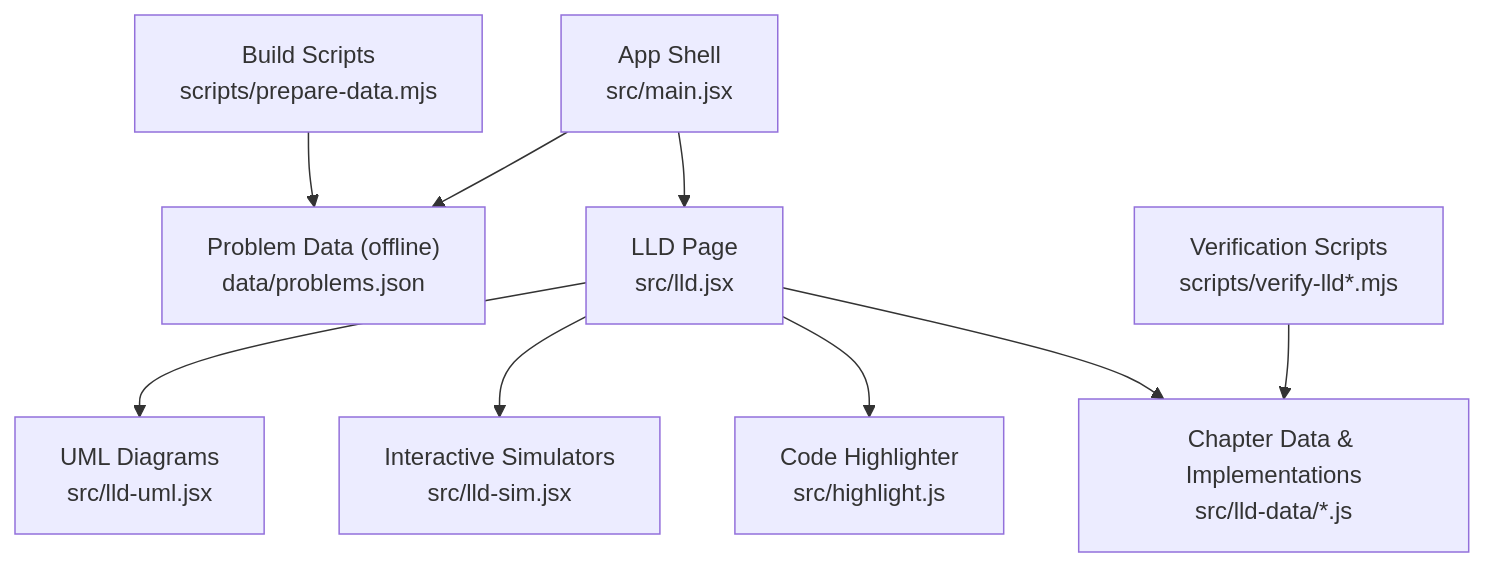
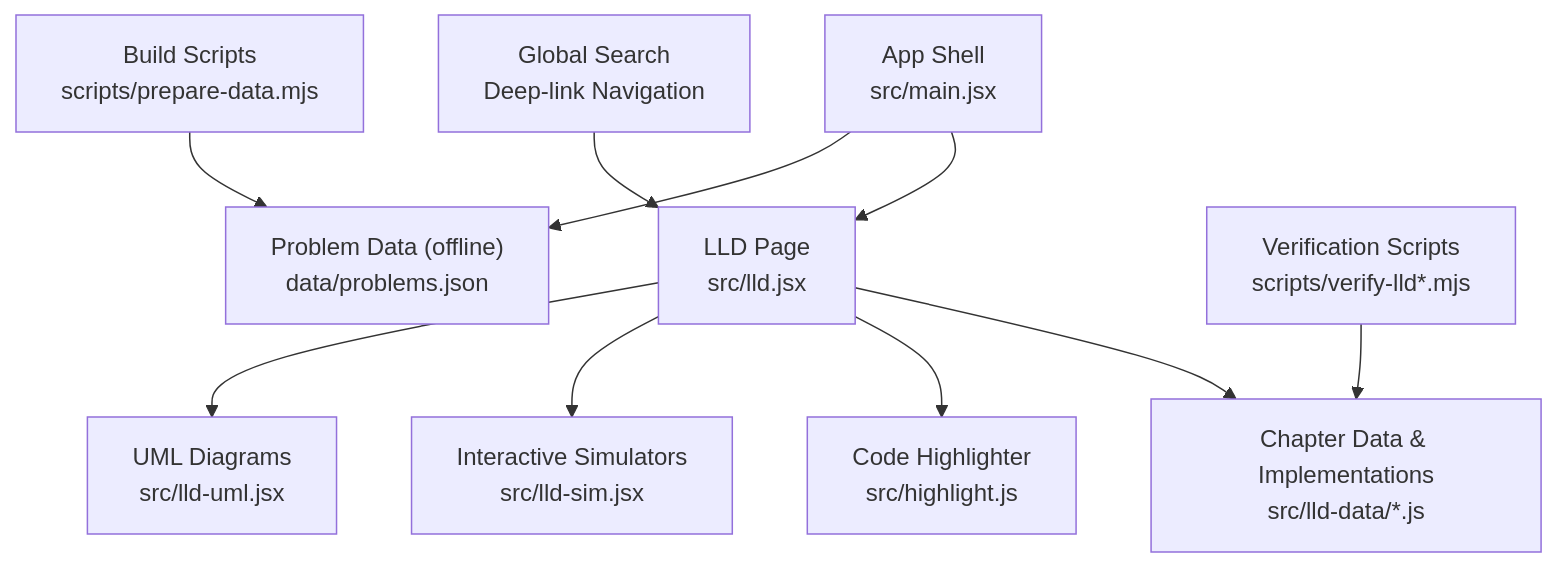
The first of 4 diagrams in .qoder/repowiki/en/content/Frontend Application/LLD Lab Component.md (iamrituraj/DSA-Tracker), drawn with Mermaid before and after one commit. The commit also changed other lines of this file and 8 other files, not shown here.

````diff
--- a/.qoder/repowiki/en/content/Frontend Application/LLD Lab Component.md
+++ b/.qoder/repowiki/en/content/Frontend Application/LLD Lab Component.md
@@ -58,11 +58,12 @@
 ```mermaid
 graph TB
 A["App Shell<br/>src/main.jsx"] --> B["LLD Page<br/>src/lld.jsx"]
 B --> C["Chapter Data & Implementations<br/>src/lld-data/*.js"]
 B --> D["Code Highlighter<br/>src/highlight.js"]
 B --> E["Interactive Simulators<br/>src/lld-sim.jsx"]
 B --> F["UML Diagrams<br/>src/lld-uml.jsx"]
 A --> G["Problem Data (offline)<br/>data/problems.json"]
 H["Build Scripts<br/>scripts/prepare-data.mjs"] --> G
 I["Verification Scripts<br/>scripts/verify-lld*.mjs"] --> C
+J["Global Search<br/>Deep-link Navigation"] --> B
 ```
````
